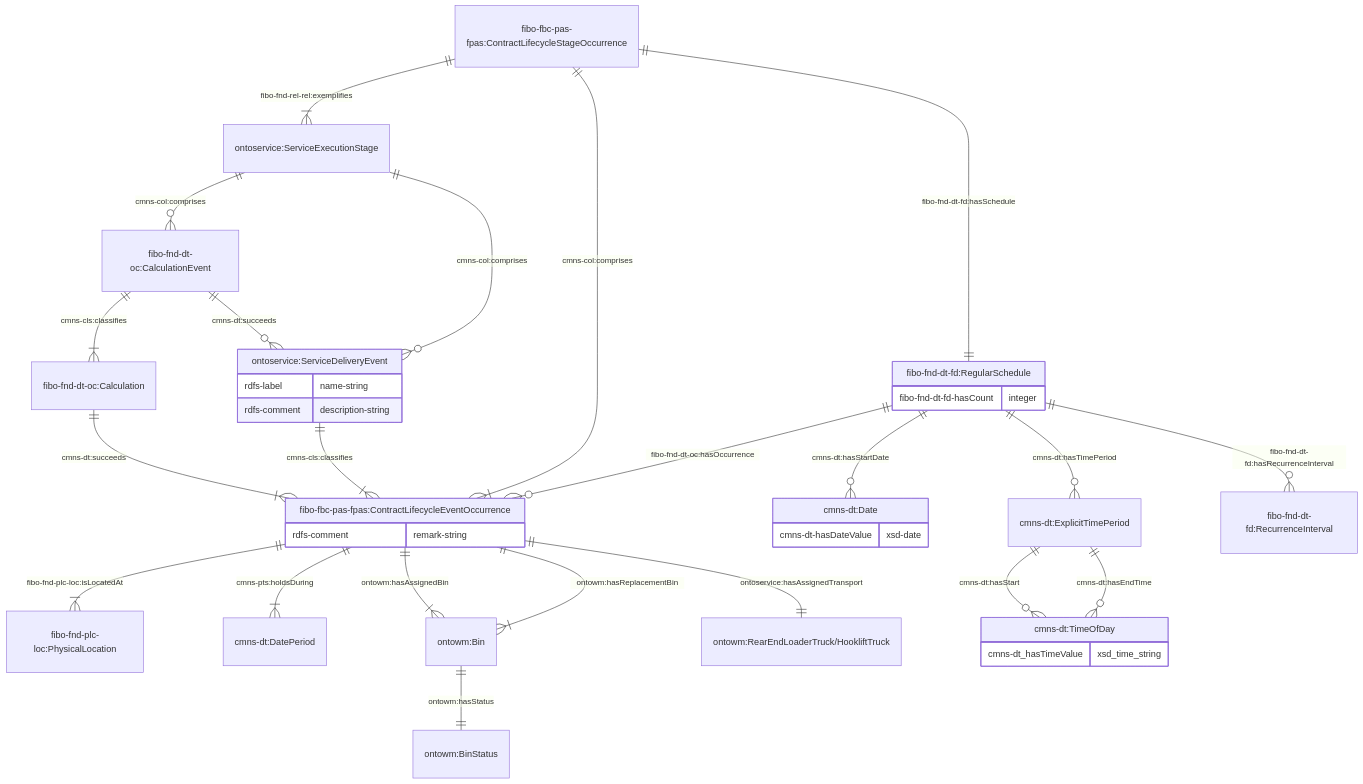
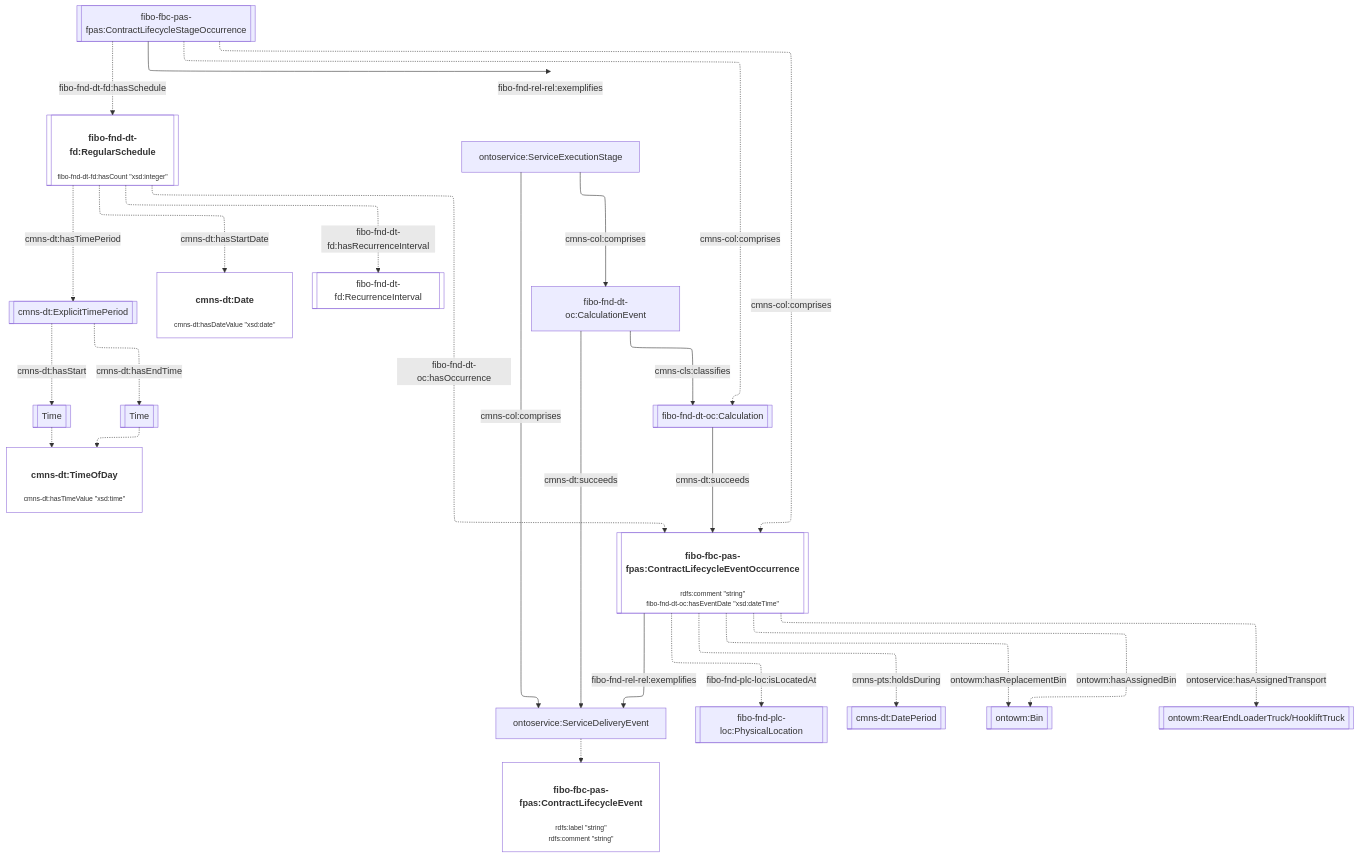
The seventh of 13 diagrams in JPS_Ontology/ontology/ontowastemanagement/README.md (cambridge-cares/TheWorldAvatar), drawn with Mermaid before and after one commit. The commit also changed other lines of this file and 1 other file, not shown here.

Commit message:
dev-service-execution-ontology-extension: update to flowchart diagram in ontoservice and ontowastemanagement

````diff
--- a/JPS_Ontology/ontology/ontowastemanagement/README.md
+++ b/JPS_Ontology/ontology/ontowastemanagement/README.md
@@ -239,46 +258,39 @@
 ```mermaid
-    erDiagram
-    "ontoservice:ServiceExecutionStage" ||--o{ "fibo-fnd-dt-oc:CalculationEvent" : "cmns-col:comprises"
-    "fibo-fnd-dt-oc:CalculationEvent" ||--|{ "fibo-fnd-dt-oc:Calculation" : "cmns-cls:classifies"
-    "fibo-fnd-dt-oc:CalculationEvent" ||--o{ "ontoservice:ServiceDeliveryEvent" : "cmns-dt:succeeds"
-    "fibo-fnd-dt-oc:Calculation" ||--|{ "fibo-fbc-pas-fpas:ContractLifecycleEventOccurrence" : "cmns-dt:succeeds"
-    "ontoservice:ServiceExecutionStage" ||--o{ "ontoservice:ServiceDeliveryEvent" : "cmns-col:comprises"
-    "ontoservice:ServiceDeliveryEvent" {
-        rdfs-label name-string
-        rdfs-comment description-string
-    }
+flowchart TD
+%%{init: {"flowchart": {"defaultRenderer": "elk"}} }%%
+    %% Styling
+    classDef literal fill:none
+    classDef node overflow-wrap:break-word,text-wrap:pretty
+    linkStyle default overflow-wrap:break-word,text-wrap:pretty;
 
-    "ontoservice:ServiceDeliveryEvent" ||--|{ "fibo-fbc-pas-fpas:ContractLifecycleEventOccurrence" : "cmns-cls:classifies"
+    %% Contents
+    StageOccurrence[[fibo-fbc-pas-fpas:ContractLifecycleStageOccurrence]]  -. fibo-fnd-dt-fd:hasSchedule .-> Schedule[["<h4>fibo-fnd-dt-fd:RegularSchedule</h4><p style='font-size:0.75rem;'>fibo-fnd-dt-fd:hasCount &quot;xsd:integer&quot;</p>"]]:::literal
+    Schedule -. cmns-dt:hasTimePeriod .-> TimePeriod[[cmns-dt:ExplicitTimePeriod]]
+    TimePeriod -. cmns-dt:hasStart .-> StartTime[[Time]]
+    TimePeriod -. cmns-dt:hasEndTime .-> EndTime[[Time]]
+    StartTime -.-> Time["<h4>cmns-dt:TimeOfDay</h4><p style='font-size:0.75rem;'>cmns-dt:hasTimeValue &quot;xsd:time&quot;</p>"]:::literal
+    EndTime -.-> Time
 
-    "fibo-fbc-pas-fpas:ContractLifecycleEventOccurrence" ||--|{ "fibo-fnd-plc-loc:PhysicalLocation" : "fibo-fnd-plc-loc:isLocatedAt"
-    "fibo-fbc-pas-fpas:ContractLifecycleEventOccurrence" ||--|{ " cmns-dt:DatePeriod" : "cmns-pts:holdsDuring"
-    "fibo-fbc-pas-fpas:ContractLifecycleEventOccurrence" {
-        rdfs-comment remark-string
-    }
+    Schedule -. cmns-dt:hasStartDate .-> StartDate["<h4>cmns-dt:Date</h4><p style='font-size:0.75rem;'>cmns-dt:hasDateValue &quot;xsd:date&quot;</p>"]:::literal
+    Schedule -. fibo-fnd-dt-fd:hasRecurrenceInterval .-> Recurrence[[fibo-fnd-dt-fd:RecurrenceInterval]]:::literal
+    Schedule -. fibo-fnd-dt-oc:hasOccurrence .-> EventOccurrence[["<h4>fibo-fbc-pas-fpas:ContractLifecycleEventOccurrence</h4><p style='font-size:0.75rem;'>rdfs:comment &quot;string&quot;<br>fibo-fnd-dt-oc:hasEventDate &quot;xsd:dateTime&quot;</p>"]]:::literal
 
-    "fibo-fbc-pas-fpas:ContractLifecycleEventOccurrence" ||--|{ "ontowm:Bin" : "ontowm:hasAssignedBin"
-    "fibo-fbc-pas-fpas:ContractLifecycleEventOccurrence" ||--|{ "ontowm:Bin" : "ontowm:hasReplacementBin"
-    "ontowm:Bin" ||--|| "ontowm:BinStatus" : "ontowm:hasStatus"
+    StageOccurrence-. cmns-col:comprises .-> EventOccurrence
+    StageOccurrence -. cmns-col:comprises .-> Calculation[[fibo-fnd-dt-oc:Calculation]]
+    ServiceExecutionStage[ontoservice:ServiceExecutionStage] -- cmns-col:comprises --> ServiceDeliveryEvent[ontoservice:ServiceDeliveryEvent]
+    ServiceExecutionStage -- cmns-col:comprises --> CalculationEvent[fibo-fnd-dt-oc:CalculationEvent]
+    StageOccurrence -- fibo-fnd-rel-rel:exemplifies --> ServiceExecutionStage
+    EventOccurrence -- fibo-fnd-rel-rel:exemplifies --> ServiceDeliveryEvent
+    CalculationEvent -- cmns-cls:classifies --> Calculation
 
-    "fibo-fbc-pas-fpas:ContractLifecycleEventOccurrence" ||--|| "ontowm:RearEndLoaderTruck/HookliftTruck" : "ontoservice:hasAssignedTransport"
+    CalculationEvent -- cmns-dt:succeeds --> ServiceDeliveryEvent
+    Calculation -- cmns-dt:succeeds --> EventOccurrence
 
-    "fibo-fbc-pas-fpas:ContractLifecycleStageOccurrence" ||--|{ "fibo-fbc-pas-fpas:ContractLifecycleEventOccurrence" : "cmns-col:comprises"
-    "fibo-fbc-pas-fpas:ContractLifecycleStageOccurrence" ||--|{ "ontoservice:ServiceExecutionStage" : "fibo-fnd-rel-rel:exemplifies"
-    "fibo-fbc-pas-fpas:ContractLifecycleStageOccurrence" ||--|| "fibo-fnd-dt-fd:RegularSchedule" : "fibo-fnd-dt-fd:hasSchedule"
-    "fibo-fnd-dt-fd:RegularSchedule" ||--o{ "fibo-fbc-pas-fpas:ContractLifecycleEventOccurrence" : "fibo-fnd-dt-oc:hasOccurrence"
-    "fibo-fnd-dt-fd:RegularSchedule" {
-        fibo-fnd-dt-fd-hasCount integer
-    }
+    EventOccurrence -. fibo-fnd-plc-loc:isLocatedAt .-> Location[[fibo-fnd-plc-loc:PhysicalLocation]]
+    EventOccurrence -. cmns-pts:holdsDuring .-> DatePeriod[[cmns-dt:DatePeriod]]
+    EventOccurrence -. ontowm:hasAssignedBin .-> Bin[[ontowm:Bin]]
+    EventOccurrence -. ontowm:hasReplacementBin .-> Bin[[ontowm:Bin]]
+    EventOccurrence -. ontoservice:hasAssignedTransport .-> Truck[[ontowm:RearEndLoaderTruck/HookliftTruck]]
 
-    "fibo-fnd-dt-fd:RegularSchedule" ||--o{ "cmns-dt:Date" : "cmns-dt:hasStartDate"
-    "cmns-dt:Date" {
-        cmns-dt-hasDateValue xsd-date
-    }
-    "fibo-fnd-dt-fd:RegularSchedule" ||--o{ "cmns-dt:ExplicitTimePeriod" : "cmns-dt:hasTimePeriod"
-    "cmns-dt:ExplicitTimePeriod" ||--o{ "cmns-dt:TimeOfDay" : "cmns-dt:hasStart"
-    "cmns-dt:ExplicitTimePeriod" ||--o{ "cmns-dt:TimeOfDay" : "cmns-dt:hasEndTime"
-    "cmns-dt:TimeOfDay" {
-        cmns-dt_hasTimeValue xsd_time_string
-    }
-    "fibo-fnd-dt-fd:RegularSchedule" ||--o{ "fibo-fnd-dt-fd:RecurrenceInterval" : "fibo-fnd-dt-fd:hasRecurrenceInterval"
+    ServiceDeliveryEvent -.-> Event["<h4>fibo-fbc-pas-fpas:ContractLifecycleEvent</h4><p style='font-size:0.75rem;'>rdfs:label &quot;string&quot;<br>rdfs:comment &quot;string&quot;</p>"]:::literal
 ```
````
